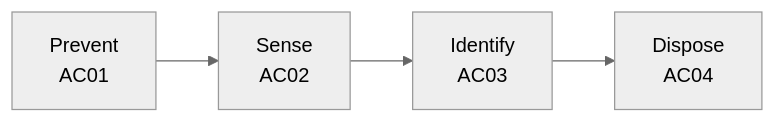
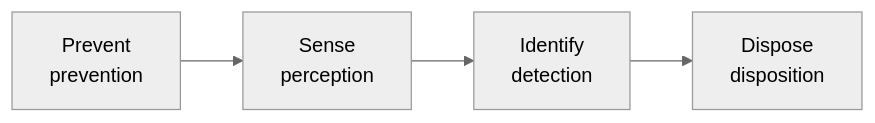
Before and after one commit to JDArmy/BREAK: the diagram in docs/en/02-defender-guide.md, drawn with Mermaid (neutral theme). The commit also changed other lines of this file and 288 other files, not shown here.

````diff
--- a/docs/en/02-defender-guide.md
+++ b/docs/en/02-defender-guide.md
@@ -38,4 +38,4 @@
 ```mermaid
 flowchart LR
-  P["Prevent<br/>AC01"] --> S["Sense<br/>AC02"] --> I["Identify<br/>AC03"] --> D["Dispose<br/>AC04"]
+  P["Prevent<br/>prevention"] --> S["Sense<br/>perception"] --> I["Identify<br/>detection"] --> D["Dispose<br/>disposition"]
 ```
````
